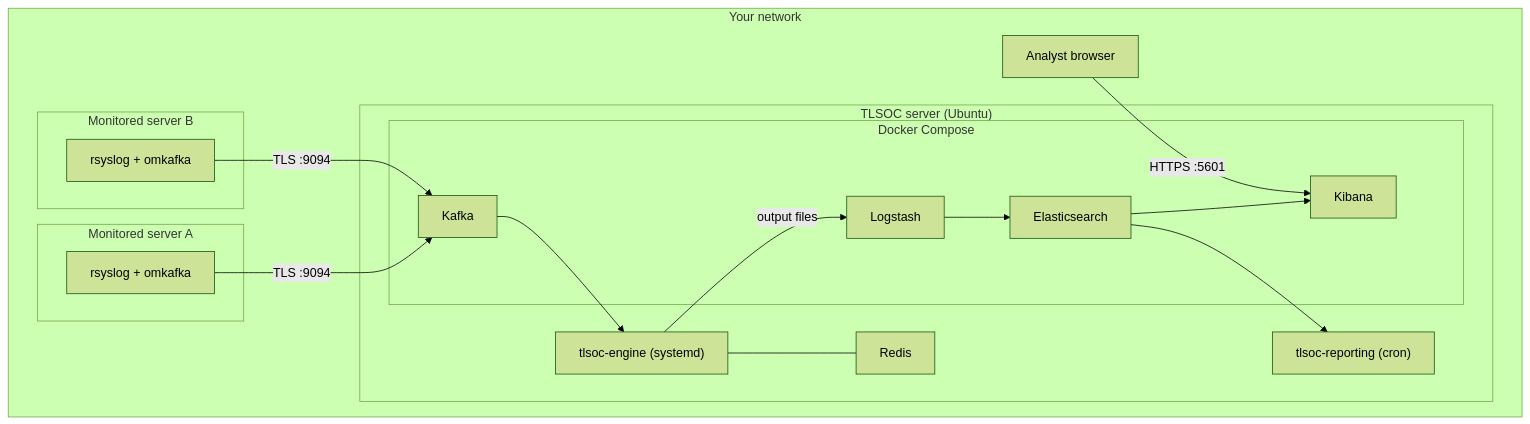
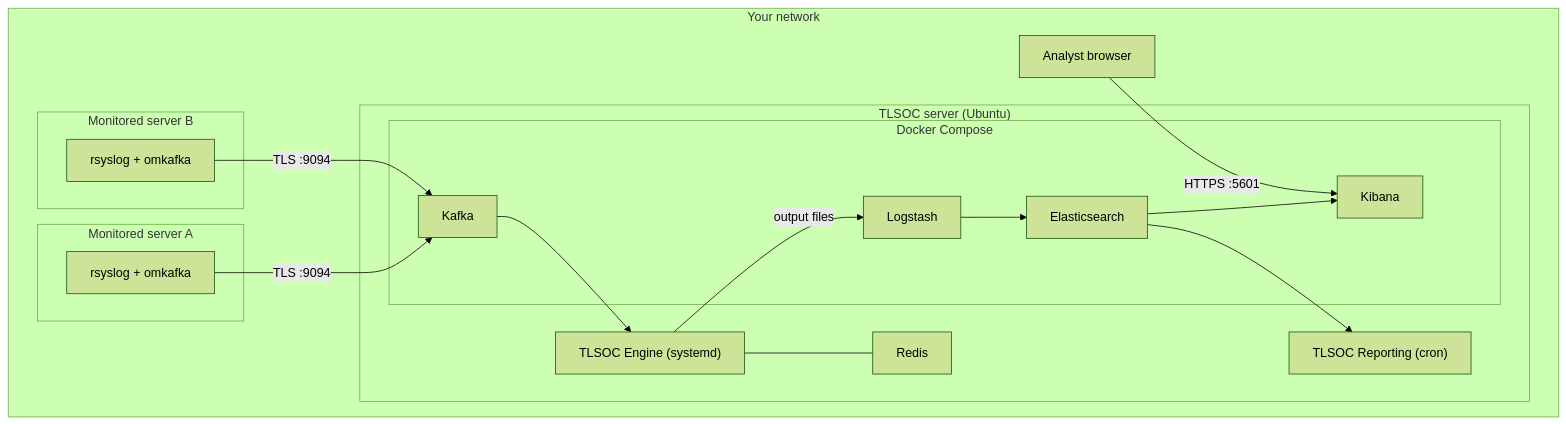
The fourth of 7 diagrams in docs/architecture.md (HelixY2J/Drishti), drawn with Mermaid (forest theme) before and after one commit. The commit also changed other lines of this file and 10 other files, not shown here.

````diff
--- a/docs/architecture.md
+++ b/docs/architecture.md
@@ -136,33 +136,33 @@
 ```mermaid
 flowchart TB
     subgraph net["Your network"]
         subgraph m1["Monitored server A"]
             A1["rsyslog + omkafka"]
         end
         subgraph m2["Monitored server B"]
             B1["rsyslog + omkafka"]
         end
         subgraph central["TLSOC server (Ubuntu)"]
             subgraph dockerc["Docker Compose"]
                 CK["Kafka"]
                 CL["Logstash"]
                 CE["Elasticsearch"]
                 CKB["Kibana"]
             end
-            CENG["tlsoc-engine (systemd)"]
+            CENG["TLSOC Engine (systemd)"]
             CRED["Redis"]
-            CREP["tlsoc-reporting (cron)"]
+            CREP["TLSOC Reporting (cron)"]
         end
         AN["Analyst browser"]
     end
 
     A1 -- "TLS :9094" --> CK
     B1 -- "TLS :9094" --> CK
     CK --> CENG
     CENG --- CRED
     CENG -- "output files" --> CL
     CL --> CE
     CE --> CKB
     CE --> CREP
     AN -- "HTTPS :5601" --> CKB
 ```
````
